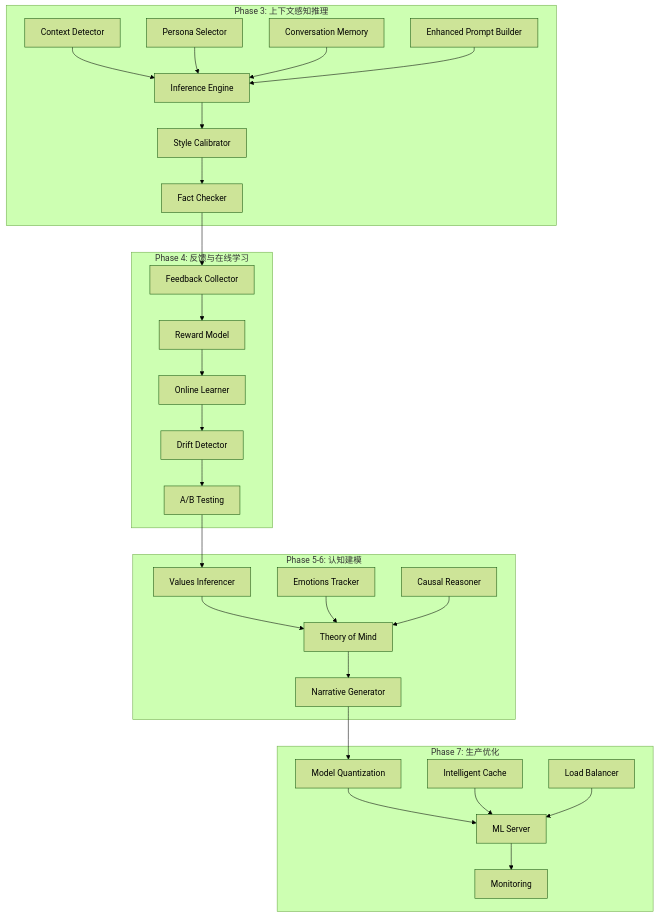
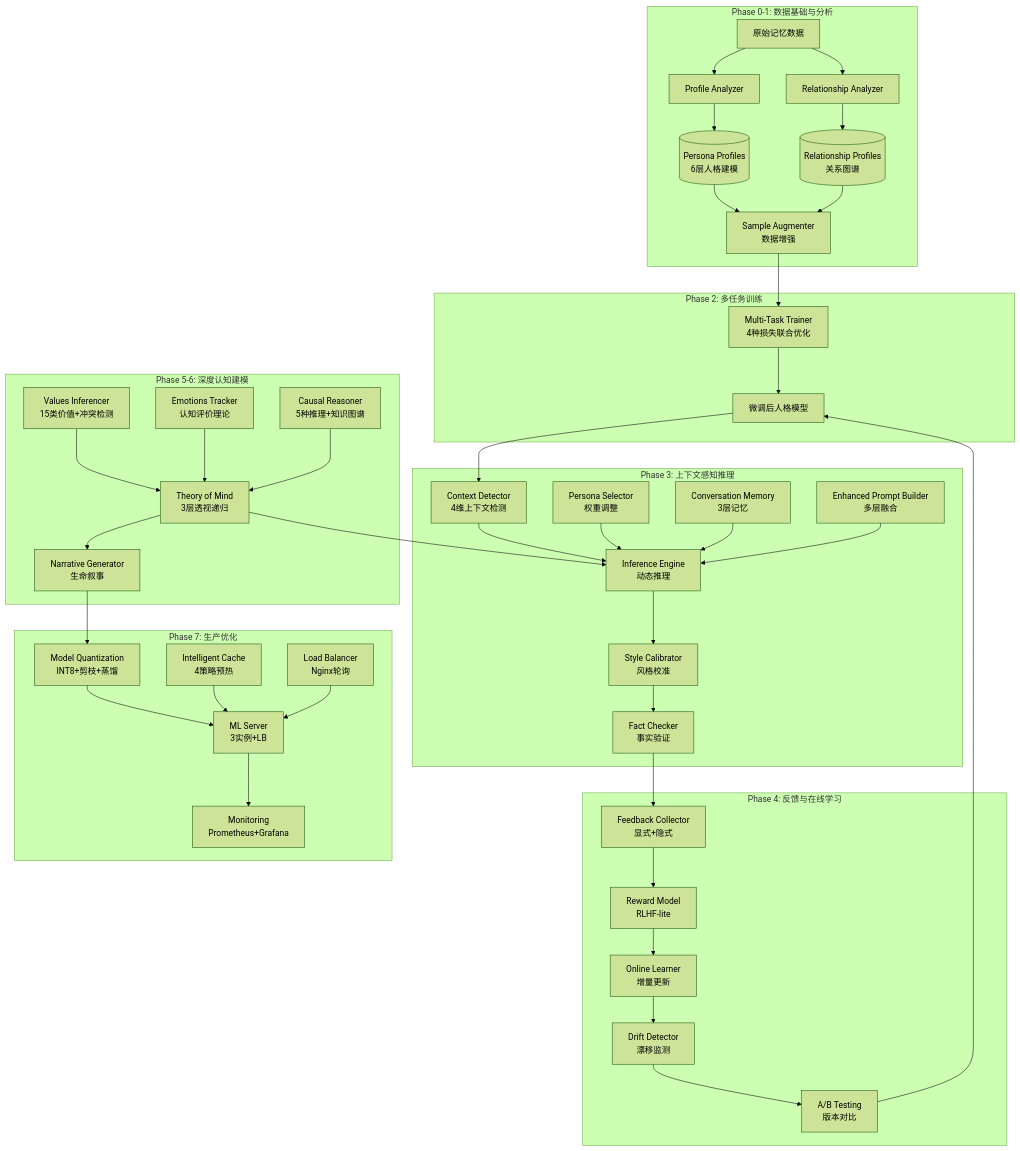
The third of 4 diagrams in README.md (mzpatrick0529-mzyh/Soma), drawn with Mermaid (forest theme) before and after one commit. The commit also changed other lines of this file, not shown here.

First line of the commit message:
docs: 🔧 优化README核心组件表格+完善架构概览图

````diff
--- a/README.md
+++ b/README.md
@@ -374,36 +374,52 @@
 ```mermaid
 graph TB
+    subgraph "Phase 0-1: 数据基础与分析"
+        P0A[原始记忆数据] --> P1A[Profile Analyzer]
+        P0A --> P1B[Relationship Analyzer]
+        P1A --> P0B[(Persona Profiles<br/>6层人格建模)]
+        P1B --> P0C[(Relationship Profiles<br/>关系图谱)]
+        P0B --> P2A
+        P0C --> P2A
+    end
+    
+    subgraph "Phase 2: 多任务训练"
+        P2A[Sample Augmenter<br/>数据增强] --> P2B[Multi-Task Trainer<br/>4种损失联合优化]
+        P2B --> P2C[微调后人格模型]
+    end
+    
     subgraph "Phase 3: 上下文感知推理"
-        A[Context Detector] --> E[Inference Engine]
-        B[Persona Selector] --> E
-        C[Conversation Memory] --> E
-        D[Enhanced Prompt Builder] --> E
-        E --> F[Style Calibrator]
-        F --> G[Fact Checker]
+        P2C --> A[Context Detector<br/>4维上下文检测]
+        A --> E[Inference Engine<br/>动态推理]
+        B[Persona Selector<br/>权重调整] --> E
+        C[Conversation Memory<br/>3层记忆] --> E
+        D[Enhanced Prompt Builder<br/>多层融合] --> E
+        E --> F[Style Calibrator<br/>风格校准]
+        F --> G[Fact Checker<br/>事实验证]
     end
     
     subgraph "Phase 4: 反馈与在线学习"
-        H[Feedback Collector] --> I[Reward Model]
-        I --> J[Online Learner]
-        J --> K[Drift Detector]
-        K --> L[A/B Testing]
+        G --> H[Feedback Collector<br/>显式+隐式]
+        H --> I[Reward Model<br/>RLHF-lite]
+        I --> J[Online Learner<br/>增量更新]
+        J --> K[Drift Detector<br/>漂移监测]
+        K --> L[A/B Testing<br/>版本对比]
+        L --> P2C
     end
     
-    subgraph "Phase 5-6: 认知建模"
-        M[Values Inferencer] --> P[Theory of Mind]
-        N[Emotions Tracker] --> P
-        O[Causal Reasoner] --> P
-        P --> Q[Narrative Generator]
+    subgraph "Phase 5-6: 深度认知建模"
+        M[Values Inferencer<br/>15类价值+冲突检测] --> P[Theory of Mind<br/>3层透视递归]
+        N[Emotions Tracker<br/>认知评价理论] --> P
+        O[Causal Reasoner<br/>5种推理+知识图谱] --> P
+        P --> Q[Narrative Generator<br/>生命叙事]
     end
     
     subgraph "Phase 7: 生产优化"
-        R[Model Quantization] --> U[ML Server]
-        S[Intelligent Cache] --> U
-        T[Load Balancer] --> U
-        U --> V[Monitoring]
+        Q --> R[Model Quantization<br/>INT8+剪枝+蒸馏]
+        R --> U[ML Server<br/>3实例+LB]
+        S[Intelligent Cache<br/>4策略预热] --> U
+        T[Load Balancer<br/>Nginx轮询] --> U
+        U --> V[Monitoring<br/>Prometheus+Grafana]
     end
     
-    G --> H
-    L --> M
-    Q --> R
+    P --> E
 ```
````
